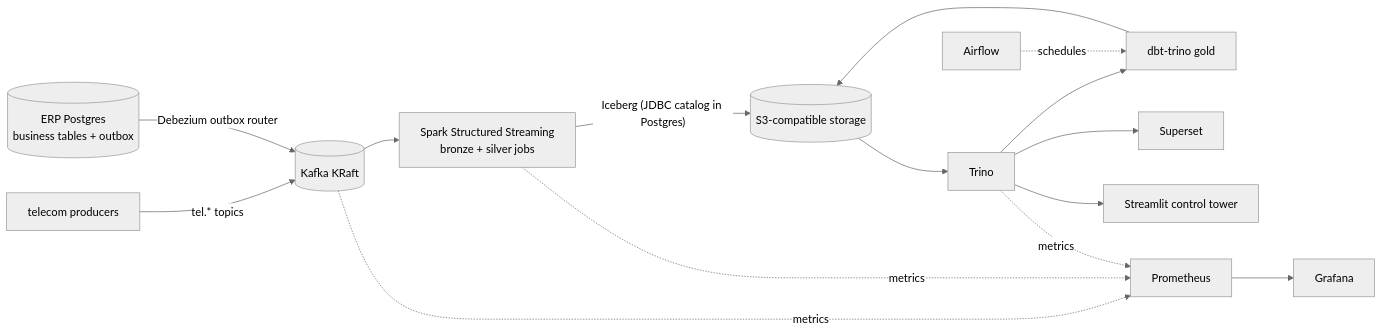
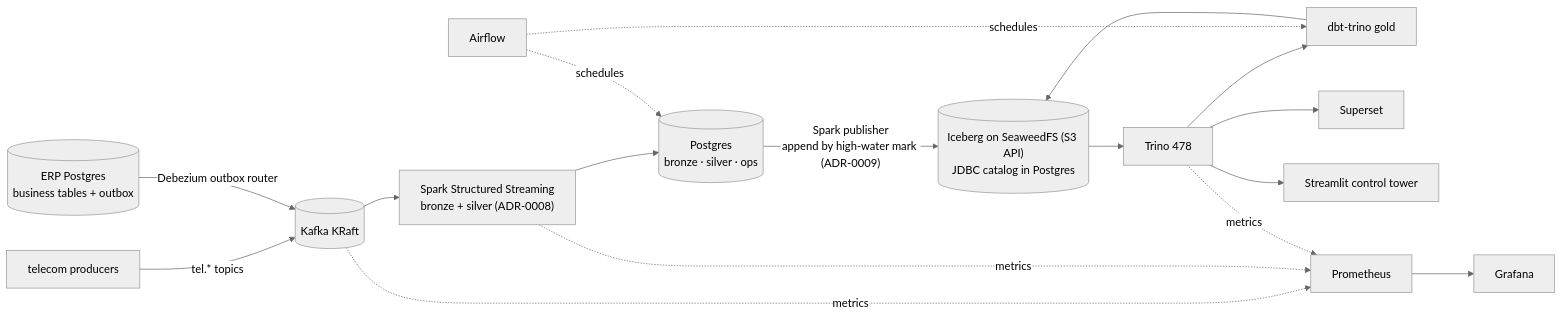
One commit to noushadbackup/SIGNALFLOW-X changed the sixth of 6 diagrams in docs/ARCHITECTURE.md. Above: the diagram before and after it, drawn with Mermaid (neutral theme). The commit also changed other lines of this file and 54 other files, not shown here.

````diff
--- a/docs/ARCHITECTURE.md
+++ b/docs/ARCHITECTURE.md
@@ -161,13 +161,15 @@
 ```mermaid
 flowchart LR
   OCS["telecom producers"] -->|"tel.* topics"| K[(Kafka KRaft)]
   ERPDB[("ERP Postgres<br/>business tables + outbox")] -->|"Debezium outbox router"| K
-  K --> SS["Spark Structured Streaming<br/>bronze + silver jobs"]
-  SS -->|"Iceberg (JDBC catalog in Postgres)"| OBJ[("S3-compatible storage")]
-  OBJ --> TR["Trino"] --> DBT["dbt-trino gold"] --> OBJ
+  K --> SS["Spark Structured Streaming<br/>bronze + silver (ADR-0008)"]
+  SS --> PG[("Postgres<br/>bronze · silver · ops")]
+  PG -->|"Spark publisher<br/>append by high-water mark (ADR-0009)"| OBJ[("Iceberg on SeaweedFS (S3 API)<br/>JDBC catalog in Postgres")]
+  OBJ --> TR["Trino 478"] --> DBT["dbt-trino gold"] --> OBJ
   TR --> SUP["Superset"]
   TR --> ST["Streamlit control tower"]
   AF["Airflow"] -.schedules.-> DBT
+  AF -.schedules.-> PG
   PR["Prometheus"] --> GF["Grafana"]
   K & SS & TR -.metrics.-> PR
 ```
````
